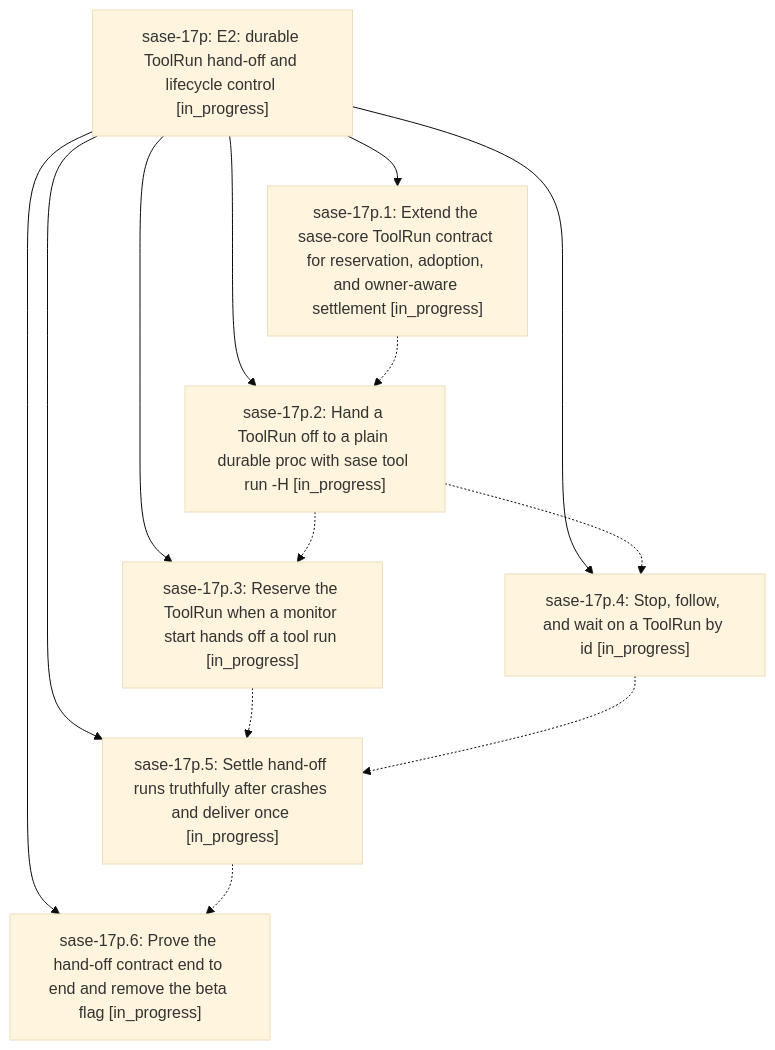
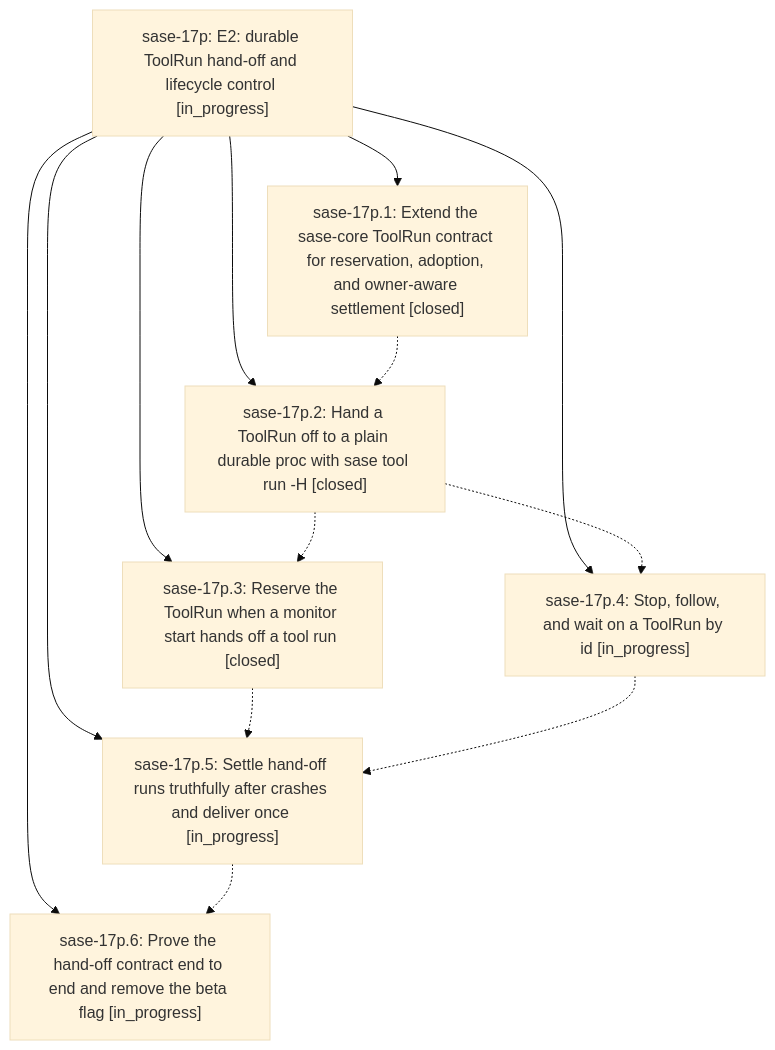
The diagram in pages/sase-17p/README.md (sase-org/sase--beads), drawn with Mermaid (base theme) before and after one commit. The commit also changed other lines of this file and 5 other files, not shown here.

````diff
--- a/pages/sase-17p/README.md
+++ b/pages/sase-17p/README.md
@@ -27,22 +31,22 @@
 ```mermaid
 flowchart TD
     n0["sase-17p: E2: durable ToolRun hand-off and lifecycle control [in_progress]"]
-    n1["sase-17p.1: Extend the sase-core ToolRun contract for reservation, adoption, and owner-aware settlement [in_progress]"]
-    n2["sase-17p.2: Hand a ToolRun off to a plain durable proc with sase tool run -H [in_progress]"]
-    n3["sase-17p.3: Reserve the ToolRun when a monitor start hands off a tool run [in_progress]"]
+    n1["sase-17p.1: Extend the sase-core ToolRun contract for reservation, adoption, and owner-aware settlement [closed]"]
+    n2["sase-17p.2: Hand a ToolRun off to a plain durable proc with sase tool run -H [closed]"]
+    n3["sase-17p.3: Reserve the ToolRun when a monitor start hands off a tool run [closed]"]
     n4["sase-17p.4: Stop, follow, and wait on a ToolRun by id [in_progress]"]
     n5["sase-17p.5: Settle hand-off runs truthfully after crashes and deliver once [in_progress]"]
     n6["sase-17p.6: Prove the hand-off contract end to end and remove the beta flag [in_progress]"]
     n0 --> n1
     n0 --> n2
     n0 --> n3
     n0 --> n4
     n0 --> n5
     n0 --> n6
     n1 -.-> n2
     n2 -.-> n3
     n2 -.-> n4
     n3 -.-> n5
     n4 -.-> n5
     n5 -.-> n6
 ```
````
